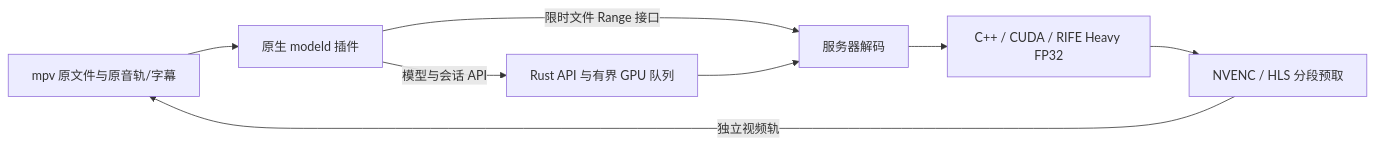
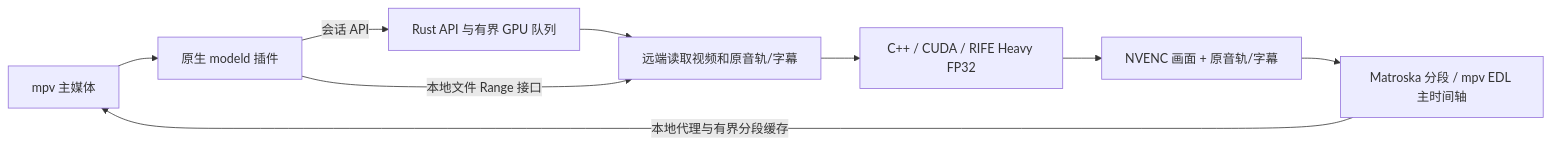
One commit to csbxd/modeld changed the diagram in README.md. Above: the diagram before and after it, drawn with Mermaid. The commit also changed other lines of this file and 20 other files, not shown here.

````diff
--- a/README.md
+++ b/README.md
@@ -13,10 +13,11 @@
 ```mermaid
 flowchart LR
-    M[mpv 原文件与原音轨/字幕] --> P[原生 modeld 插件]
-    P -->|模型与会话 API| A[Rust API 与有界 GPU 队列]
-    P -->|限时文件 Range 接口| D[服务器解码]
-    A --> D
+    M[mpv 主媒体] --> P[原生 modeld 插件]
+    P -->|会话 API| A[Rust API 与有界 GPU 队列]
+    A --> D[远端读取视频和原音轨/字幕]
+    P -->|本地文件 Range 接口| D
     D --> R[C++ / CUDA / RIFE Heavy FP32]
-    R --> E[NVENC / HLS 分段预取]
-    E -->|独立视频轨| M
+    R --> E[NVENC 画面 + 原音轨/字幕]
+    E --> C[Matroska 分段 / mpv EDL 主时间轴]
+    C -->|本地代理与有界分段缓存| M
 ```
````
